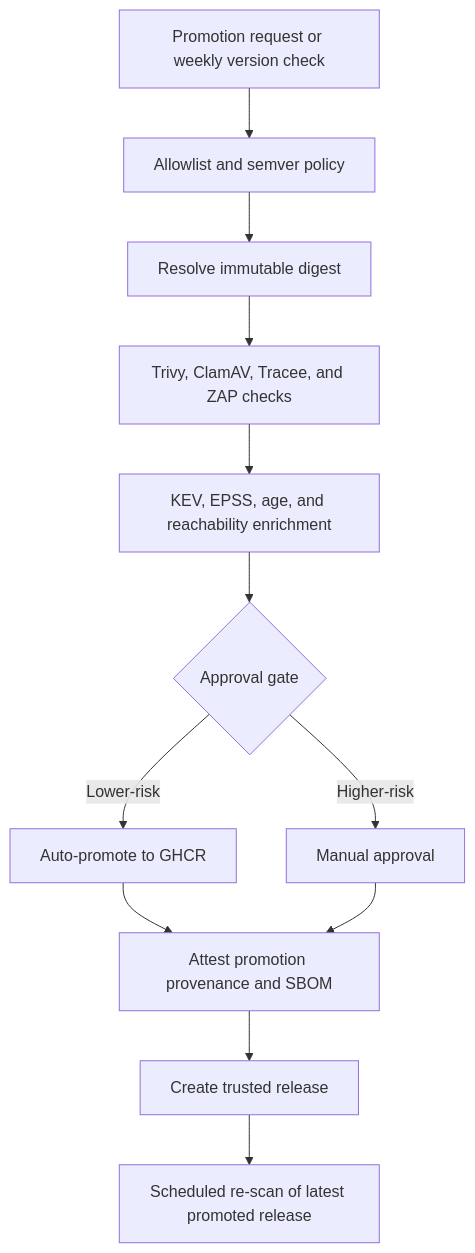
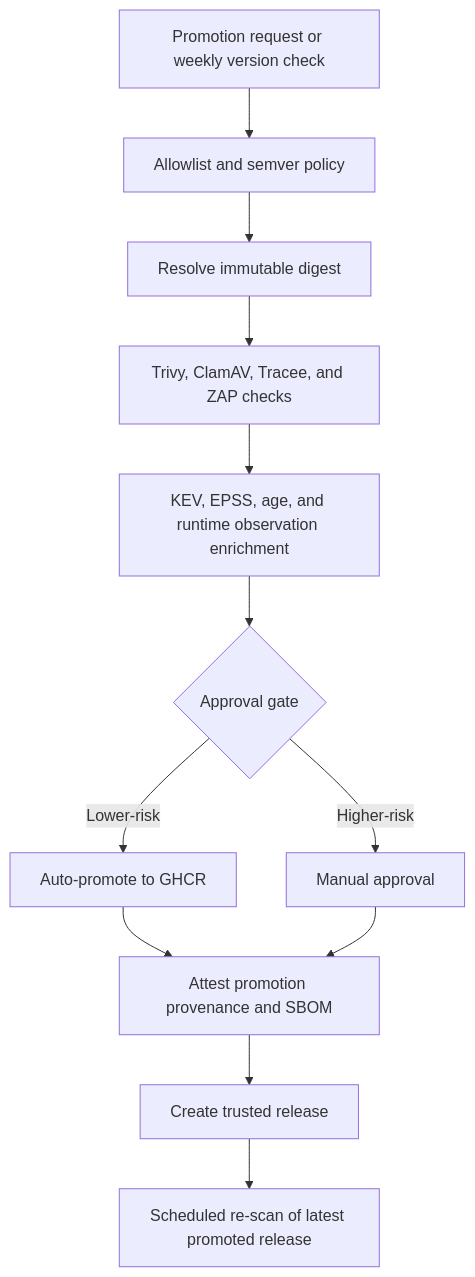
Before and after one commit to llody9977/artifactgate: the diagram in README.md, drawn with Mermaid. The commit also changed other lines of this file and 13 other files, not shown here.

Commit message:
fix: enforce ZAP as blocker, rename reachability to runtime observation, add 5 new risks, refine standards mappings, and add control inventory table (#35)

````diff
--- a/README.md
+++ b/README.md
@@ -74,14 +74,14 @@
 ```mermaid
 flowchart TD
     A["Promotion request or weekly version check"] --> B["Allowlist and semver policy"]
     B --> C["Resolve immutable digest"]
     C --> D["Trivy, ClamAV, Tracee, and ZAP checks"]
-    D --> E["KEV, EPSS, age, and reachability enrichment"]
+    D --> E["KEV, EPSS, age, and runtime observation enrichment"]
     E --> F{"Approval gate"}
     F -->|Lower-risk| G["Auto-promote to GHCR"]
     F -->|Higher-risk| H["Manual approval"]
     G --> I["Attest promotion provenance and SBOM"]
     H --> I
     I --> J["Create trusted release"]
     J --> K["Scheduled re-scan of latest promoted release"]
 ```
````
